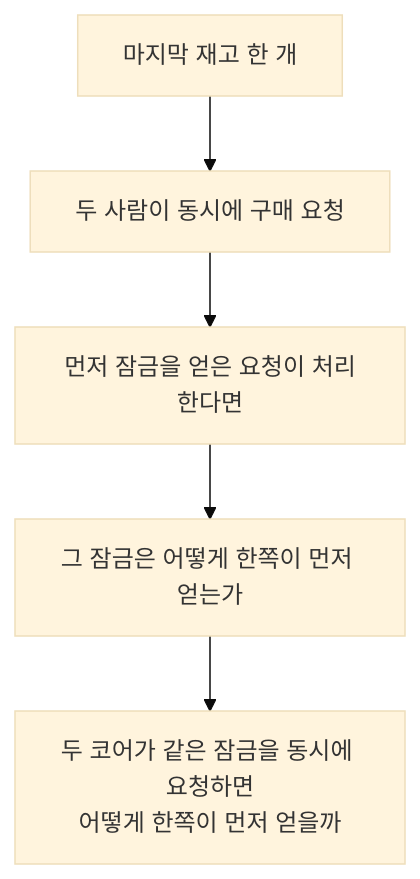
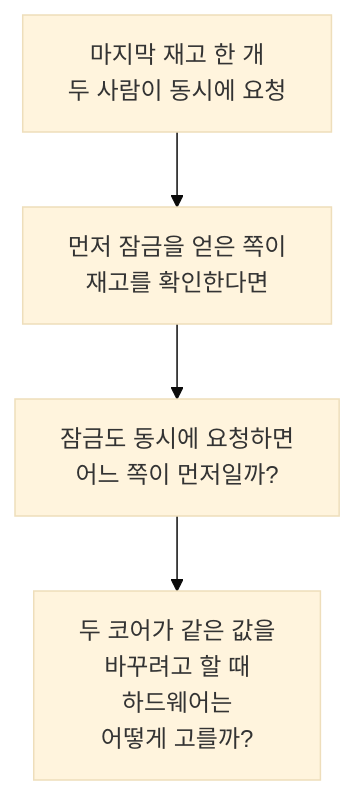
The first of 5 diagrams in content/posts/last-stock-ordering.md (owencity/owencity.github.io), drawn with Mermaid (base theme) before and after one commit. The commit also changed other lines of this file and 1 other file, not shown here.

First line of the commit message:
첫 블로그 글 공개: 마지막 재고에서 CPU 처리 순서까지 (#1)

````diff
--- a/content/posts/last-stock-ordering.md
+++ b/content/posts/last-stock-ordering.md
@@ -15,7 +15,6 @@
 ```mermaid
 flowchart TD
-    stock["마지막 재고 한 개"] --> question["두 사람이 동시에 구매 요청"]
-    question --> lock["먼저 잠금을 얻은 요청이 처리한다면"]
-    lock --> next["그 잠금은 어떻게 한쪽이 먼저 얻는가"]
-    next --> hardware["두 코어가 같은 잠금을 동시에 요청하면<br/>어떻게 한쪽이 먼저 얻을까"]
+    stock["마지막 재고 한 개<br/>두 사람이 동시에 요청"] --> lock["먼저 잠금을 얻은 쪽이<br/>재고를 확인한다면"]
+    lock --> question["잠금도 동시에 요청하면<br/>어느 쪽이 먼저일까?"]
+    question --> hardware["두 코어가 같은 값을<br/>바꾸려고 할 때<br/>하드웨어는<br/>어떻게 고를까?"]
 ```
````
